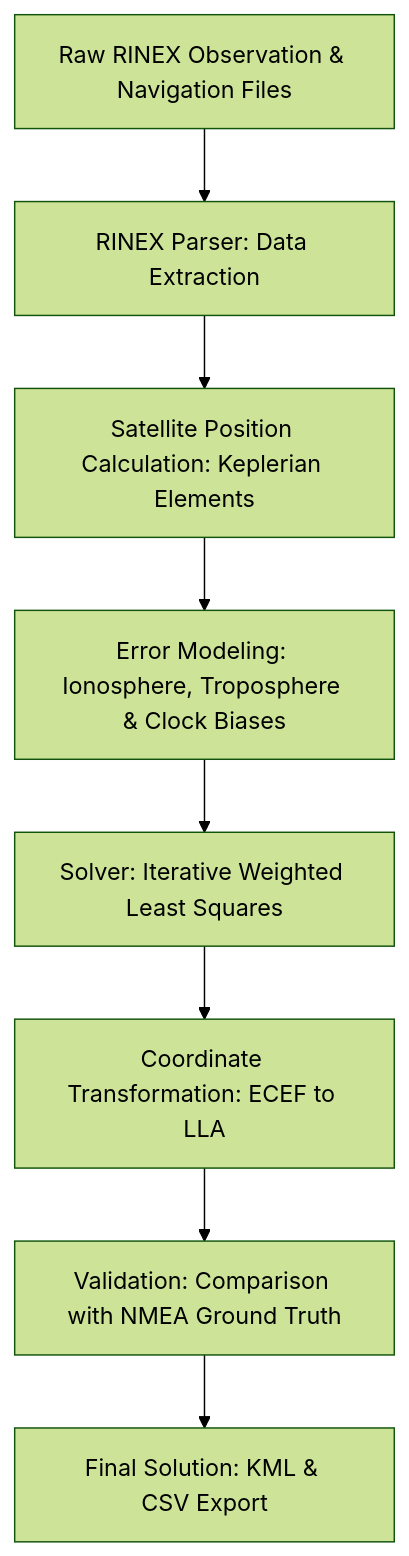
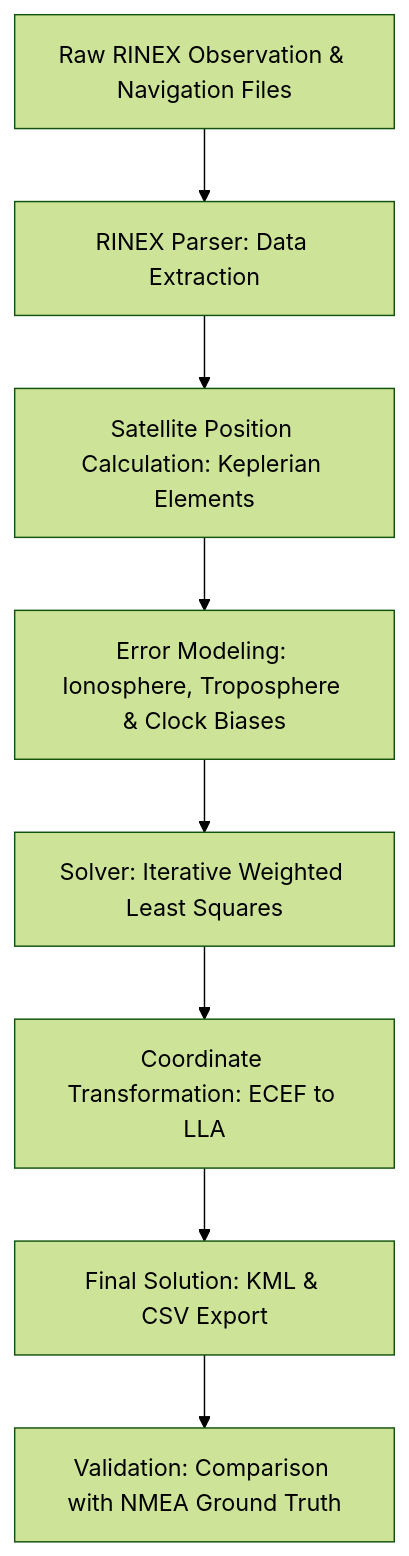
The diagram in README.md (Eladi24/GNSS_EX0), drawn with Mermaid (forest theme) before and after one commit. The commit also changed other lines of this file and 1 other file, not shown here.

````diff
--- a/README.md
+++ b/README.md
@@ -70,10 +70,10 @@
 ```mermaid
 graph TD
     A[Raw RINEX Observation & Navigation Files] --> B[RINEX Parser: Data Extraction]
     B --> C[Satellite Position Calculation: Keplerian Elements]
     C --> D[Error Modeling: Ionosphere, Troposphere & Clock Biases]
     D --> E[Solver: Iterative Weighted Least Squares]
     E --> F[Coordinate Transformation: ECEF to LLA]
-    F --> G[Validation: Comparison with NMEA Ground Truth]
-    G --> H[Final Solution: KML & CSV Export]
+    F --> G[Final Solution: KML & CSV Export]
+    G --> H[Validation: Comparison with NMEA Ground Truth]
 ```
````
